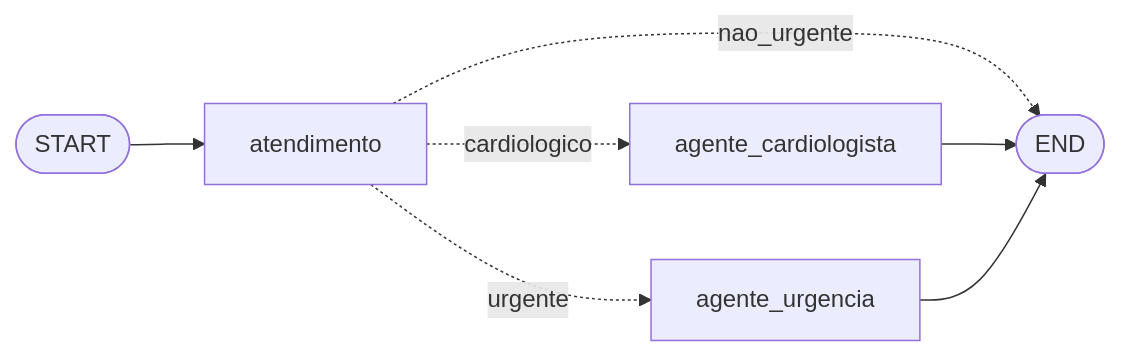
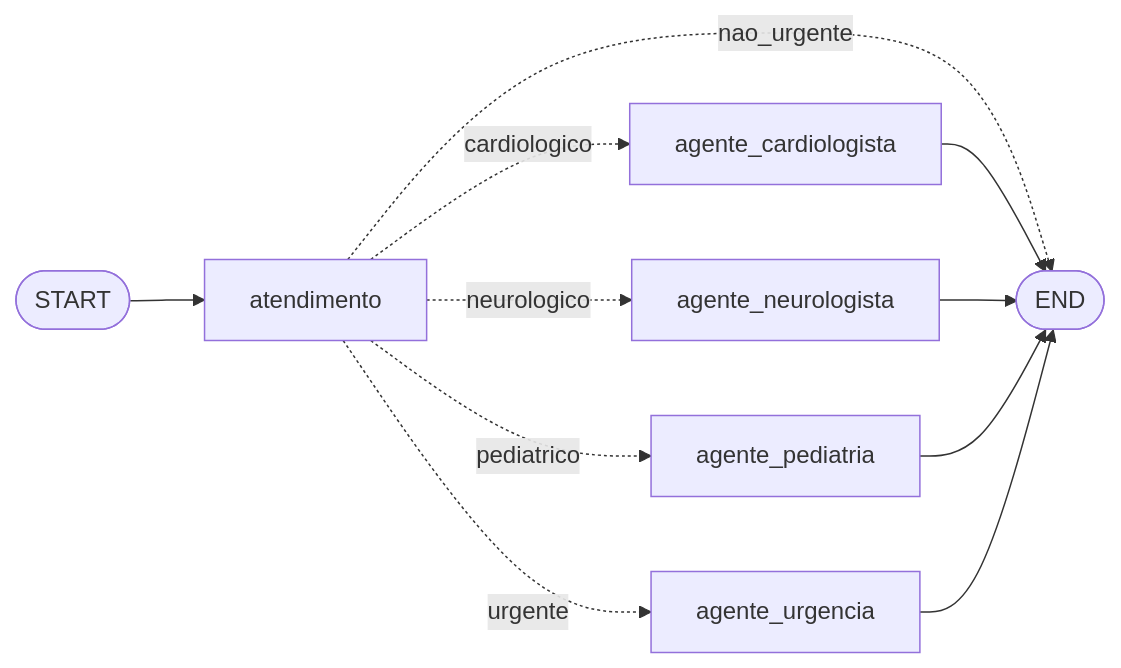
Before and after one commit to LuizSouza83/skillgoagenticengineering-novembro26: the diagram in meuagente/meuagente-cardiologista/README.md, drawn with Mermaid. The commit also changed other lines of this file, not shown here.

First line of the commit message:
docs(readme): neurologista e pediatria no meu agente cardiologista

````diff
--- a/meuagente/meuagente-cardiologista/README.md
+++ b/meuagente/meuagente-cardiologista/README.md
@@ -17,9 +19,13 @@
 ```mermaid
 graph LR
     START([START]) --> atendimento
     atendimento -. cardiologico .-> agente_cardiologista
+    atendimento -. neurologico .-> agente_neurologista
+    atendimento -. pediatrico .-> agente_pediatria
     atendimento -. urgente .-> agente_urgencia
     atendimento -. nao_urgente .-> FIM([END])
     agente_cardiologista --> FIM
+    agente_neurologista --> FIM
+    agente_pediatria --> FIM
     agente_urgencia --> FIM
 ```
````
